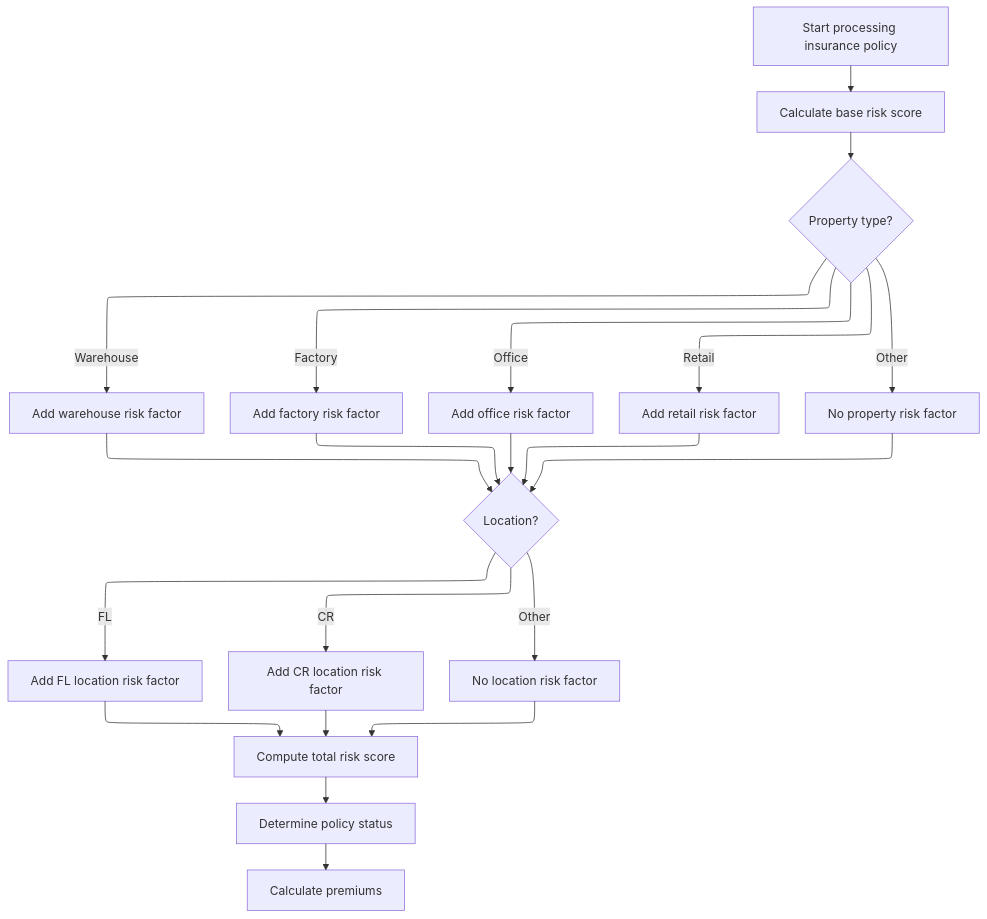
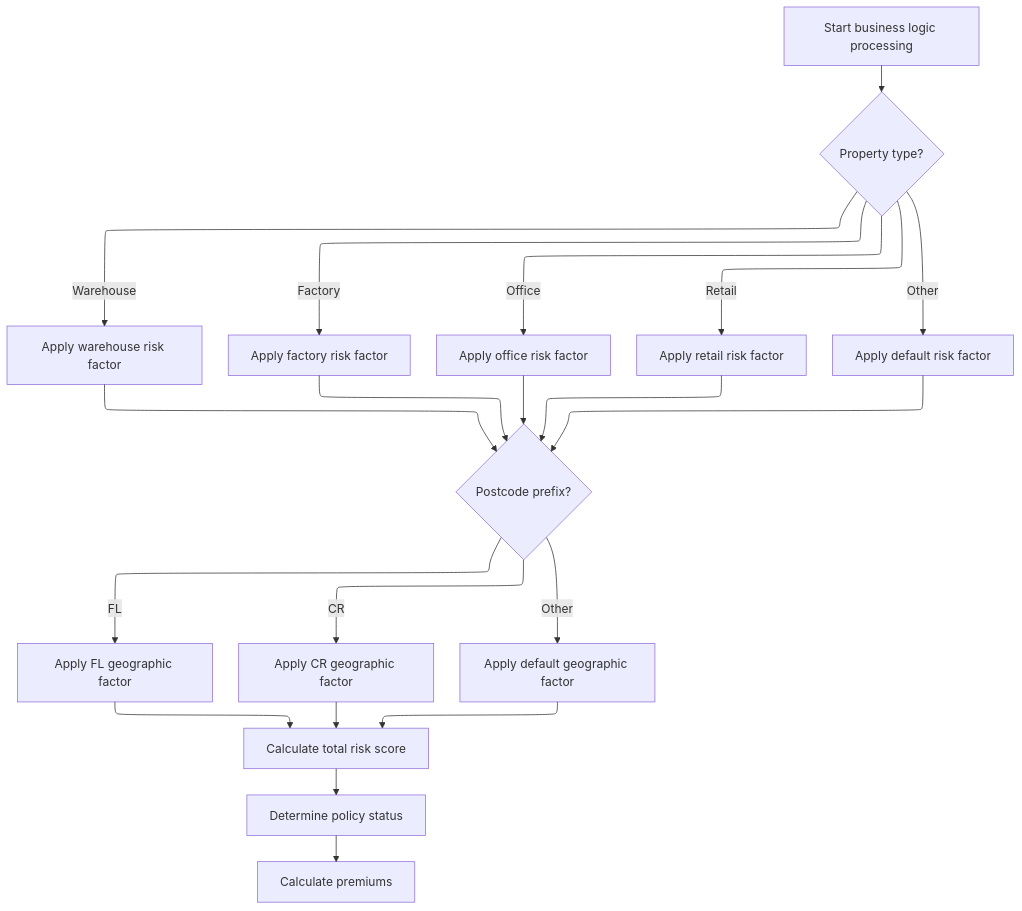
Diagram 12 of 15 in .swm/inserting-insurance-policy-data-lgapdb09.xwl743qs.sw.md (Giri-Swimm/Swimmio-genapp-motor), drawn with Mermaid before and after one commit. The commit also changed other lines of this file and 17 other files, not shown here.

````diff
--- a/.swm/inserting-insurance-policy-data-lgapdb09.xwl743qs.sw.md
+++ b/.swm/inserting-insurance-policy-data-lgapdb09.xwl743qs.sw.md
@@ -1801,84 +1843,80 @@
 ```mermaid
 %%{init: {"flowchart": {"defaultRenderer": "elk"}} }%%
 flowchart TD
-    node1["Start processing insurance policy"]
+    node1["Start business logic processing"]
     click node1 openCode "base/src/lgcomcal.cbl:268:273"
-    node1 --> node2["Calculate base risk score"]
-    click node2 openCode "base/src/lgcomcal.cbl:277:281"
-    node2 --> node3{"Property type?"}
-    click node3 openCode "base/src/lgcomcal.cbl:287:306"
-    node3 -->|"Warehouse"| node4["Add warehouse risk factor"]
-    click node4 openCode "base/src/lgcomcal.cbl:289:291"
-    node3 -->|"Factory"| node5["Add factory risk factor"]
-    click node5 openCode "base/src/lgcomcal.cbl:293:295"
-    node3 -->|"Office"| node6["Add office risk factor"]
-    click node6 openCode "base/src/lgcomcal.cbl:297:299"
-    node3 -->|"Retail"| node7["Add retail risk factor"]
-    click node7 openCode "base/src/lgcomcal.cbl:301:303"
-    node3 -->|"Other"| node8["No property risk factor"]
-    click node8 openCode "base/src/lgcomcal.cbl:305:306"
-    node4 --> node9{"Location?"}
-    node5 --> node9
-    node6 --> node9
-    node7 --> node9
-    node8 --> node9
-    click node9 openCode "base/src/lgcomcal.cbl:313:319"
-    node9 -->|"FL"| node10["Add FL location risk factor"]
-    click node10 openCode "base/src/lgcomcal.cbl:314:315"
-    node9 -->|"CR"| node11["Add CR location risk factor"]
-    click node11 openCode "base/src/lgcomcal.cbl:316:317"
-    node9 -->|"Other"| node12["No location risk factor"]
-    click node12 openCode "base/src/lgcomcal.cbl:318:319"
-    node10 --> node13["Compute total risk score"]
-    node11 --> node13
-    node12 --> node13
-    click node13 openCode "base/src/lgcomcal.cbl:321:324"
-    node13 --> node14["Determine policy status"]
-    click node14 openCode "base/src/lgcomcal.cbl:270:270"
-    node14 --> node15["Calculate premiums"]
-    click node15 openCode "base/src/lgcomcal.cbl:271:271"
+    node1 --> node2{"Property type?"}
+    click node2 openCode "base/src/lgcomcal.cbl:287:306"
+    node2 -->|"Warehouse"| node3["Apply warehouse risk factor"]
+    click node3 openCode "base/src/lgcomcal.cbl:289:291"
+    node2 -->|"Factory"| node4["Apply factory risk factor"]
+    click node4 openCode "base/src/lgcomcal.cbl:293:295"
+    node2 -->|"Office"| node5["Apply office risk factor"]
+    click node5 openCode "base/src/lgcomcal.cbl:297:299"
+    node2 -->|"Retail"| node6["Apply retail risk factor"]
+    click node6 openCode "base/src/lgcomcal.cbl:301:303"
+    node2 -->|"Other"| node7["Apply default risk factor"]
+    click node7 openCode "base/src/lgcomcal.cbl:305:306"
+    node3 --> node8{"Postcode prefix?"}
+    node4 --> node8
+    node5 --> node8
+    node6 --> node8
+    node7 --> node8
+    click node8 openCode "base/src/lgcomcal.cbl:313:319"
+    node8 -->|"FL"| node9["Apply FL geographic factor"]
+    click node9 openCode "base/src/lgcomcal.cbl:314:314"
+    node8 -->|"CR"| node10["Apply CR geographic factor"]
+    click node10 openCode "base/src/lgcomcal.cbl:317:317"
+    node8 -->|"Other"| node11["Apply default geographic factor"]
+    click node11 openCode "base/src/lgcomcal.cbl:319:319"
+    node9 --> node12["Calculate total risk score"]
+    node10 --> node12
+    node11 --> node12
+    click node12 openCode "base/src/lgcomcal.cbl:321:324"
+    node12 --> node13["Determine policy status"]
+    click node13 openCode "base/src/lgcomcal.cbl:270:270"
+    node13 --> node14["Calculate premiums"]
+    click node14 openCode "base/src/lgcomcal.cbl:271:271"
 
 classDef HeadingStyle fill:#777777,stroke:#333,stroke-width:2px;
 
 %% Swimm:
 %% %%{init: {"flowchart": {"defaultRenderer": "elk"}} }%%
 %% flowchart TD
-%%     node1["Start processing insurance policy"]
+%%     node1["Start business logic processing"]
 %%     click node1 openCode "<SwmPath>[base/src/lgcomcal.cbl](base/src/lgcomcal.cbl)</SwmPath>:268:273"
-%%     node1 --> node2["Calculate base risk score"]
-%%     click node2 openCode "<SwmPath>[base/src/lgcomcal.cbl](base/src/lgcomcal.cbl)</SwmPath>:277:281"
-%%     node2 --> node3{"Property type?"}
-%%     click node3 openCode "<SwmPath>[base/src/lgcomcal.cbl](base/src/lgcomcal.cbl)</SwmPath>:287:306"
-%%     node3 -->|"Warehouse"| node4["Add warehouse risk factor"]
-%%     click node4 openCode "<SwmPath>[base/src/lgcomcal.cbl](base/src/lgcomcal.cbl)</SwmPath>:289:291"
-%%     node3 -->|"Factory"| node5["Add factory risk factor"]
-%%     click node5 openCode "<SwmPath>[base/src/lgcomcal.cbl](base/src/lgcomcal.cbl)</SwmPath>:293:295"
-%%     node3 -->|"Office"| node6["Add office risk factor"]
-%%     click node6 openCode "<SwmPath>[base/src/lgcomcal.cbl](base/src/lgcomcal.cbl)</SwmPath>:297:299"
-%%     node3 -->|"Retail"| node7["Add retail risk factor"]
-%%     click node7 openCode "<SwmPath>[base/src/lgcomcal.cbl](base/src/lgcomcal.cbl)</SwmPath>:301:303"
-%%     node3 -->|"Other"| node8["No property risk factor"]
-%%     click node8 openCode "<SwmPath>[base/src/lgcomcal.cbl](base/src/lgcomcal.cbl)</SwmPath>:305:306"
-%%     node4 --> node9{"Location?"}
-%%     node5 --> node9
-%%     node6 --> node9
-%%     node7 --> node9
-%%     node8 --> node9
-%%     click node9 openCode "<SwmPath>[base/src/lgcomcal.cbl](base/src/lgcomcal.cbl)</SwmPath>:313:319"
-%%     node9 -->|"FL"| node10["Add FL location risk factor"]
-%%     click node10 openCode "<SwmPath>[base/src/lgcomcal.cbl](base/src/lgcomcal.cbl)</SwmPath>:314:315"
-%%     node9 -->|"CR"| node11["Add CR location risk factor"]
-%%     click node11 openCode "<SwmPath>[base/src/lgcomcal.cbl](base/src/lgcomcal.cbl)</SwmPath>:316:317"
-%%     node9 -->|"Other"| node12["No location risk factor"]
-%%     click node12 openCode "<SwmPath>[base/src/lgcomcal.cbl](base/src/lgcomcal.cbl)</SwmPath>:318:319"
-%%     node10 --> node13["Compute total risk score"]
-%%     node11 --> node13
-%%     node12 --> node13
-%%     click node13 openCode "<SwmPath>[base/src/lgcomcal.cbl](base/src/lgcomcal.cbl)</SwmPath>:321:324"
-%%     node13 --> node14["Determine policy status"]
-%%     click node14 openCode "<SwmPath>[base/src/lgcomcal.cbl](base/src/lgcomcal.cbl)</SwmPath>:270:270"
-%%     node14 --> node15["Calculate premiums"]
-%%     click node15 openCode "<SwmPath>[base/src/lgcomcal.cbl](base/src/lgcomcal.cbl)</SwmPath>:271:271"
+%%     node1 --> node2{"Property type?"}
+%%     click node2 openCode "<SwmPath>[base/src/lgcomcal.cbl](base/src/lgcomcal.cbl)</SwmPath>:287:306"
+%%     node2 -->|"Warehouse"| node3["Apply warehouse risk factor"]
+%%     click node3 openCode "<SwmPath>[base/src/lgcomcal.cbl](base/src/lgcomcal.cbl)</SwmPath>:289:291"
+%%     node2 -->|"Factory"| node4["Apply factory risk factor"]
+%%     click node4 openCode "<SwmPath>[base/src/lgcomcal.cbl](base/src/lgcomcal.cbl)</SwmPath>:293:295"
+%%     node2 -->|"Office"| node5["Apply office risk factor"]
+%%     click node5 openCode "<SwmPath>[base/src/lgcomcal.cbl](base/src/lgcomcal.cbl)</SwmPath>:297:299"
+%%     node2 -->|"Retail"| node6["Apply retail risk factor"]
+%%     click node6 openCode "<SwmPath>[base/src/lgcomcal.cbl](base/src/lgcomcal.cbl)</SwmPath>:301:303"
+%%     node2 -->|"Other"| node7["Apply default risk factor"]
+%%     click node7 openCode "<SwmPath>[base/src/lgcomcal.cbl](base/src/lgcomcal.cbl)</SwmPath>:305:306"
+%%     node3 --> node8{"Postcode prefix?"}
+%%     node4 --> node8
+%%     node5 --> node8
+%%     node6 --> node8
+%%     node7 --> node8
+%%     click node8 openCode "<SwmPath>[base/src/lgcomcal.cbl](base/src/lgcomcal.cbl)</SwmPath>:313:319"
+%%     node8 -->|"FL"| node9["Apply FL geographic factor"]
+%%     click node9 openCode "<SwmPath>[base/src/lgcomcal.cbl](base/src/lgcomcal.cbl)</SwmPath>:314:314"
+%%     node8 -->|"CR"| node10["Apply CR geographic factor"]
+%%     click node10 openCode "<SwmPath>[base/src/lgcomcal.cbl](base/src/lgcomcal.cbl)</SwmPath>:317:317"
+%%     node8 -->|"Other"| node11["Apply default geographic factor"]
+%%     click node11 openCode "<SwmPath>[base/src/lgcomcal.cbl](base/src/lgcomcal.cbl)</SwmPath>:319:319"
+%%     node9 --> node12["Calculate total risk score"]
+%%     node10 --> node12
+%%     node11 --> node12
+%%     click node12 openCode "<SwmPath>[base/src/lgcomcal.cbl](base/src/lgcomcal.cbl)</SwmPath>:321:324"
+%%     node12 --> node13["Determine policy status"]
+%%     click node13 openCode "<SwmPath>[base/src/lgcomcal.cbl](base/src/lgcomcal.cbl)</SwmPath>:270:270"
+%%     node13 --> node14["Calculate premiums"]
+%%     click node14 openCode "<SwmPath>[base/src/lgcomcal.cbl](base/src/lgcomcal.cbl)</SwmPath>:271:271"
 %% 
 %% classDef HeadingStyle fill:#777777,stroke:#333,stroke-width:2px;
 ```
````
